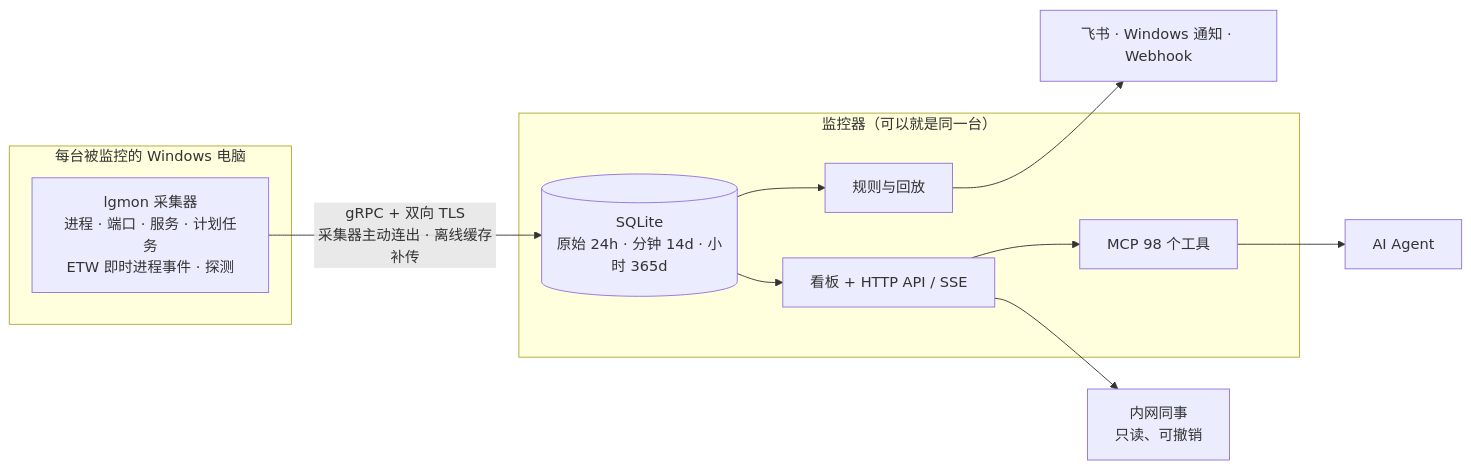
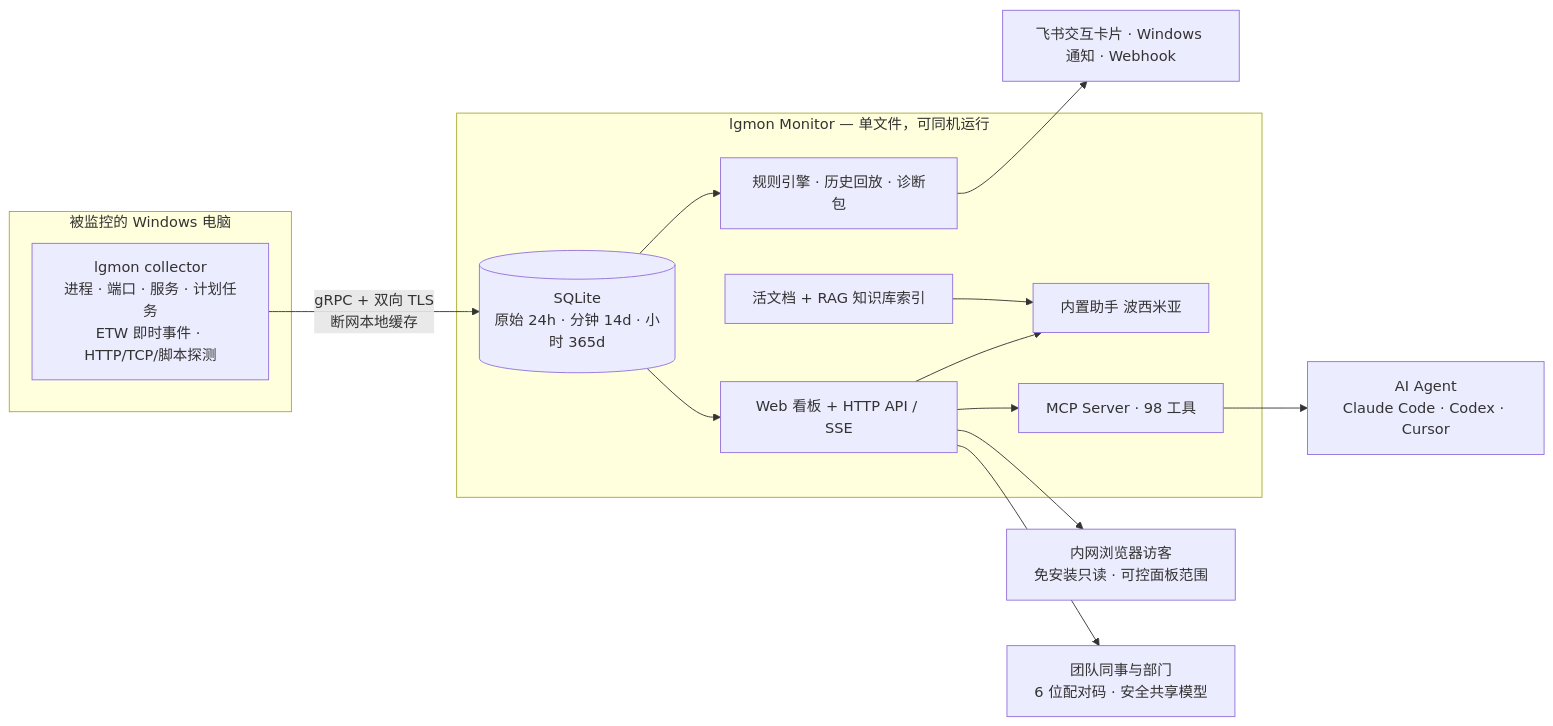
Before and after one commit to LFenX/lg-monitor: the diagram in README.zh-CN.md, drawn with Mermaid. The commit also changed other lines of this file and 1 other file, not shown here.

Commit message:
docs: rewrite README.md and README.zh-CN.md to highlight living docs, RAG knowledge base, LAN read-only sharing, team collaboration, and bilingual AI workflows

````diff
--- a/README.zh-CN.md
+++ b/README.zh-CN.md
@@ -177,17 +182,22 @@
 ```mermaid
 flowchart LR
-  subgraph PC[每台被监控的 Windows 电脑]
-    C[lgmon 采集器<br/>进程 · 端口 · 服务 · 计划任务<br/>ETW 即时进程事件 · 探测]
+  subgraph PC[被监控的 Windows 电脑]
+    C[lgmon collector<br/>进程 · 端口 · 服务 · 计划任务<br/>ETW 即时事件 · HTTP/TCP/脚本探测]
   end
-  subgraph M[监控器（可以就是同一台）]
+  subgraph M[lgmon Monitor — 单文件，可同机运行]
     S[(SQLite<br/>原始 24h · 分钟 14d · 小时 365d)]
-    R[规则与回放]
-    W[看板 + HTTP API / SSE]
-    P[MCP 98 个工具]
+    R[规则引擎 · 历史回放 · 诊断包]
+    D[活文档 + RAG 知识库索引]
+    W[Web 看板 + HTTP API / SSE]
+    P[MCP Server · 98 工具]
+    B[内置助手 波西米亚]
   end
-  C -- gRPC + 双向 TLS<br/>采集器主动连出 · 离线缓存补传 --> S
-  S --> R --> N[飞书 · Windows 通知 · Webhook]
+  C -- gRPC + 双向 TLS<br/>断网本地缓存 --> S
+  S --> R --> N[飞书交互卡片 · Windows 通知 · Webhook]
   S --> W
-  W --> P --> A[AI Agent]
-  W --> L[内网同事<br/>只读、可撤销]
+  D --> B
+  W --> B
+  W --> P --> A[AI Agent<br/>Claude Code · Codex · Cursor]
+  W --> G[内网浏览器访客<br/>免安装只读 · 可控面板范围]
+  W --> L[团队同事与部门<br/>6 位配对码 · 安全共享模型]
 ```
````
